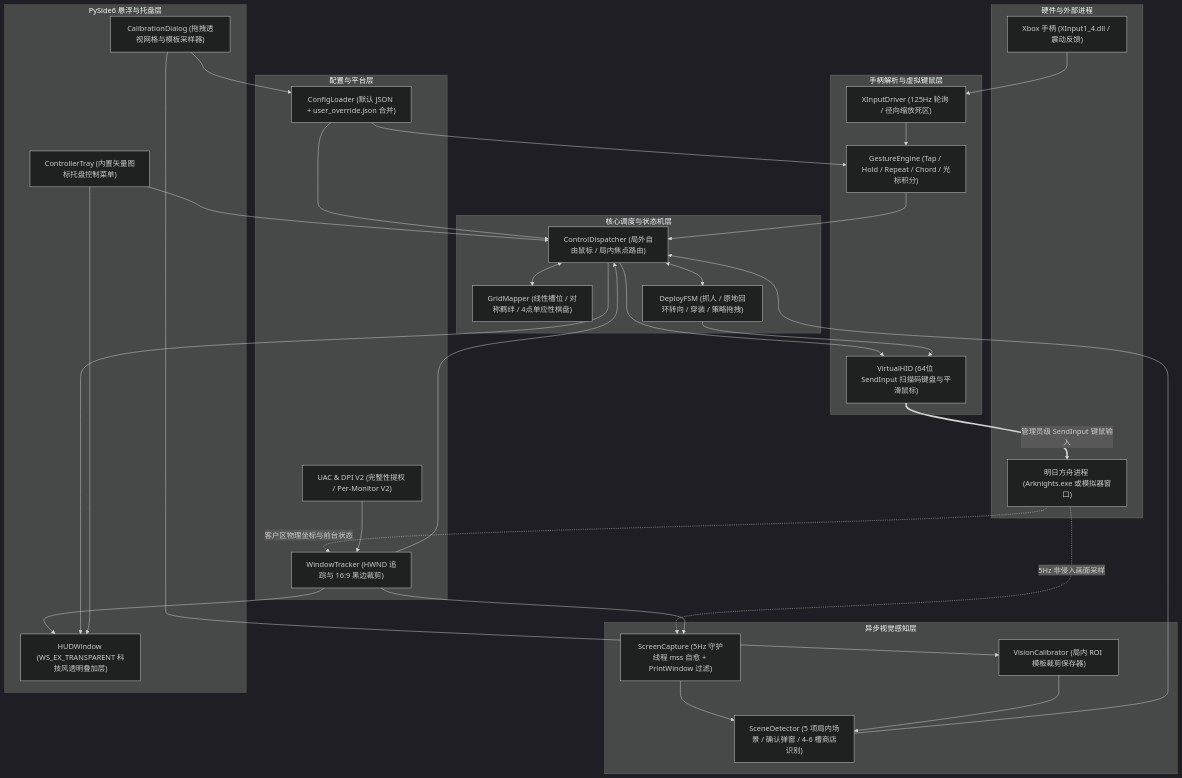
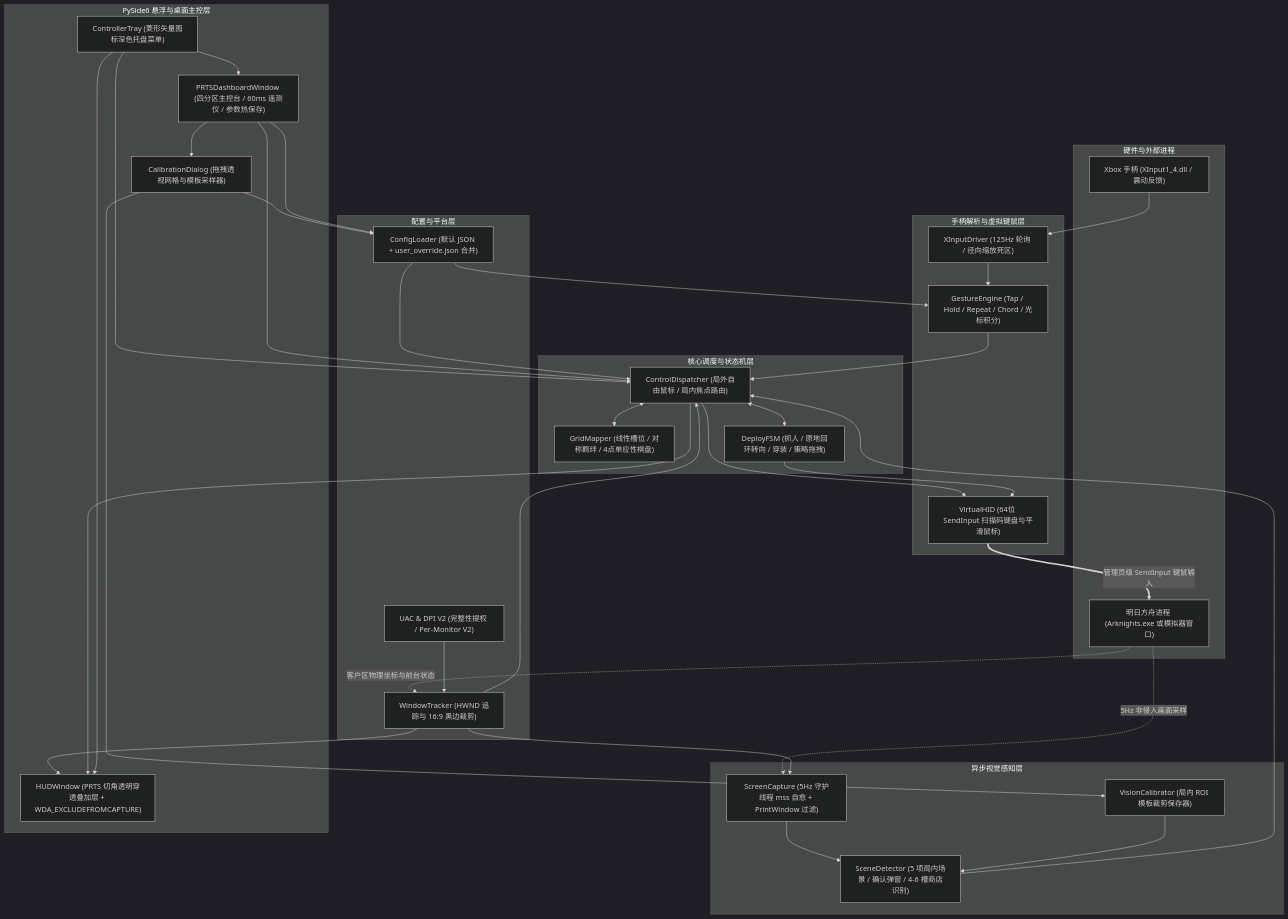
The first of 2 diagrams in docs/architecture.md (MUXI-hub/arkcontroller), drawn with Mermaid (dark theme) before and after one commit. The commit also changed other lines of this file and 5 other files, not shown here.

````diff
--- a/docs/architecture.md
+++ b/docs/architecture.md
@@ -11,62 +11,67 @@
 ```mermaid
 flowchart TD
     subgraph Hardware["硬件与外部进程"]
         GP["Xbox 手柄 (XInput1_4.dll / 震动反馈)"]
         GAME["明日方舟进程 (Arknights.exe 或模拟器窗口)"]
     end
 
     subgraph PlatformConfig["配置与平台层"]
         CFG["ConfigLoader (默认 JSON + user_override.json 合并)"]
         UAC["UAC & DPI V2 (完整性提权 / Per-Monitor V2)"]
         WT["WindowTracker (HWND 追踪与 16:9 黑边裁剪)"]
     end
 
     subgraph InputLayer["手柄解析与虚拟键鼠层"]
         XI["XInputDriver (125Hz 轮询 / 径向缩放死区)"]
         GE["GestureEngine (Tap / Hold / Repeat / Chord / 光标积分)"]
         HID["VirtualHID (64位 SendInput 扫描码键盘与平滑鼠标)"]
     end
 
     subgraph VisionLayer["异步视觉感知层"]
         CAP["ScreenCapture (5Hz 守护线程 mss 自愈 + PrintWindow 过滤)"]
         SD["SceneDetector (5 项局内场景 / 确认弹窗 / 4-6 槽商店识别)"]
         CAL["VisionCalibrator (局内 ROI 模板裁剪保存器)"]
     end
 
     subgraph ControlLayer["核心调度与状态机层"]
         GM["GridMapper (线性槽位 / 对称羁绊 / 4点单应性棋盘)"]
         DFSM["DeployFSM (抓人 / 原地回环转向 / 穿装 / 策略拖拽)"]
         DISP["ControlDispatcher (局外自由鼠标 / 局内焦点路由)"]
     end
 
-    subgraph OverlayLayer["PySide6 悬浮与托盘层"]
-        HUD["HUDWindow (WS_EX_TRANSPARENT 科技风透明叠加层)"]
+    subgraph OverlayLayer["PySide6 悬浮与桌面主控层"]
+        HUD["HUDWindow (PRTS 切角透明穿透叠加层 + WDA_EXCLUDEFROMCAPTURE)"]
+        DASH["PRTSDashboardWindow (四分区主控台 / 60ms 遥测仪 / 参数热保存)"]
         CALUI["CalibrationDialog (拖拽透视网格与模板采样器)"]
-        TRAY["ControllerTray (内置矢量图标托盘控制菜单)"]
+        TRAY["ControllerTray (菱形矢量图标深色托盘菜单)"]
     end
 
     GP --> XI
     XI --> GE
     GAME -. "客户区物理坐标与前台状态" .-> WT
     GAME -. "5Hz 非侵入画面采样" .-> CAP
     CFG --> GE
     CFG --> DISP
     UAC --> WT
     WT --> CAP
     WT --> DISP
     WT --> HUD
     CAP --> SD
     SD --> DISP
     GE --> DISP
     DISP <--> GM
     DISP <--> DFSM
     DISP --> HID
     DFSM --> HID
     HID == "管理员级 SendInput 键鼠输入" ==> GAME
     DISP --> HUD
     CALUI --> CAL
     CAL --> SD
     CALUI --> CFG
     TRAY --> DISP
     TRAY --> HUD
+    TRAY --> DASH
+    DASH --> CFG
+    DASH --> DISP
+    DASH --> CALUI
 ```
````
